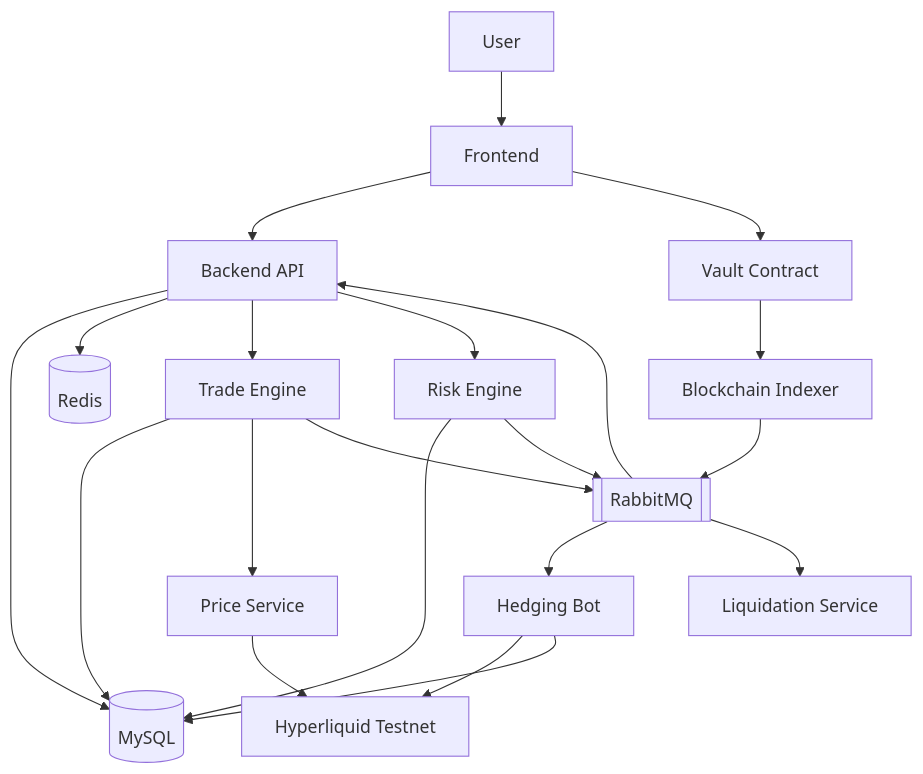
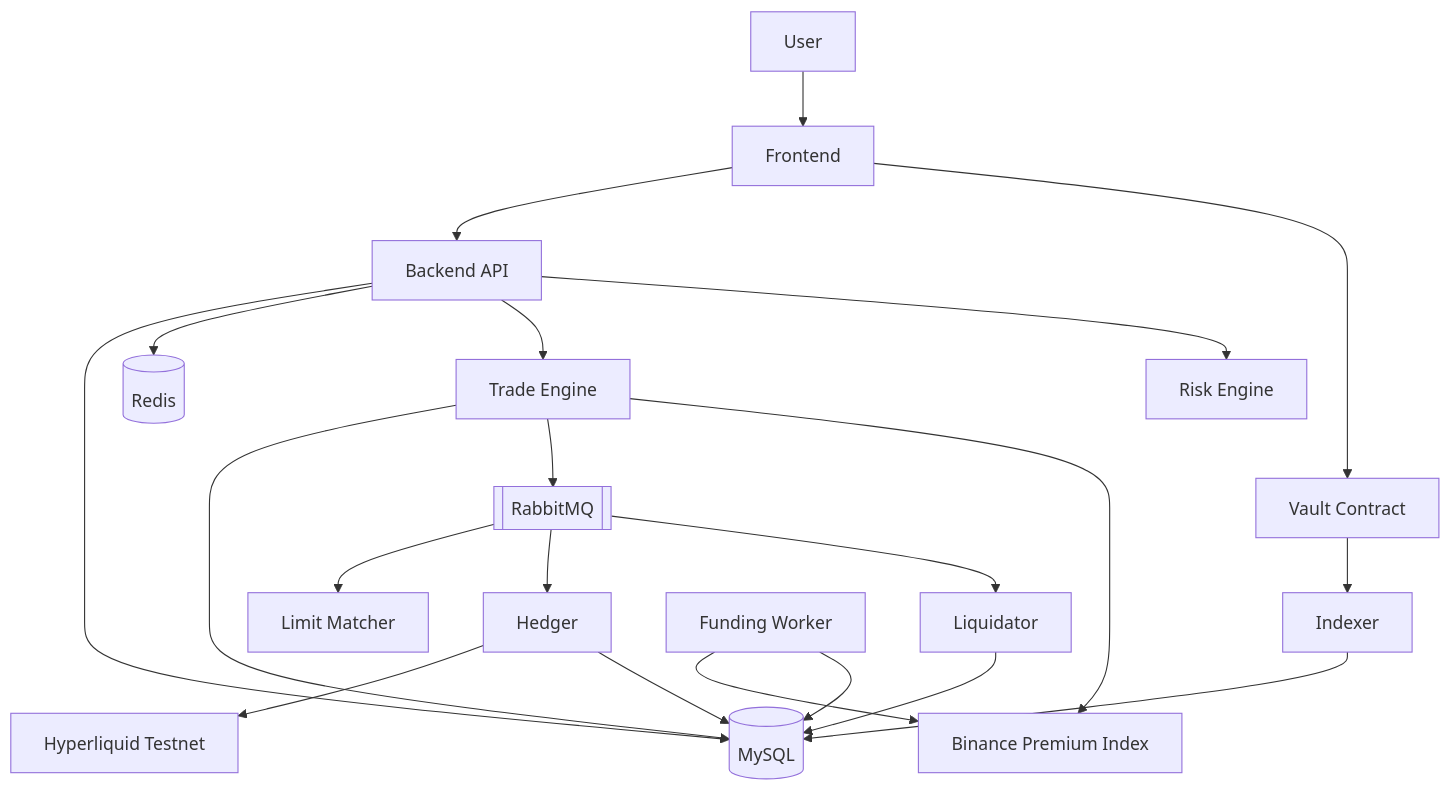
The diagram in README.md (AboAuther/RGPerp), drawn with Mermaid before and after one commit. The commit also changed other lines of this file and 18 other files, not shown here.

````diff
--- a/README.md
+++ b/README.md
@@ -86,44 +83,46 @@
 ```mermaid
 flowchart TD
     U[User]
     FE[Frontend]
     API[Backend API]
     DB[(MySQL)]
     RD[(Redis)]
     MQ[[RabbitMQ]]
+    IDX[Indexer]
     ENG[Trade Engine]
     RISK[Risk Engine]
-    LIQ[Liquidation Service]
-    IDX[Blockchain Indexer]
-    HEDGER[Hedging Bot]
+    MATCHER[Limit Matcher]
+    HEDGE[Hedger]
+    LIQ[Liquidator]
+    FUND[Funding Worker]
+    VAULT[Vault Contract]
     HL[Hyperliquid Testnet]
-    VAULT[Vault Contract]
-    PRICE[Price Service]
+    BINANCE[Binance Premium Index]
 
     U --> FE
     FE --> API
     FE --> VAULT
 
-    VAULT --> IDX
-    IDX --> MQ
-    MQ --> API
     API --> DB
     API --> RD
     API --> ENG
     API --> RISK
 
+    VAULT --> IDX
+    IDX --> DB
+
     ENG --> DB
-    ENG --> PRICE
     ENG --> MQ
+    ENG --> BINANCE
 
-    MQ --> HEDGER
+    MQ --> MATCHER
+    MQ --> HEDGE
     MQ --> LIQ
 
-    RISK --> DB
-    RISK --> MQ
+    FUND --> BINANCE
+    FUND --> DB
 
-    HEDGER --> HL
-    HEDGER --> DB
-
-    PRICE --> HL
+    HEDGE --> HL
+    HEDGE --> DB
+    LIQ --> DB
 ```
````
